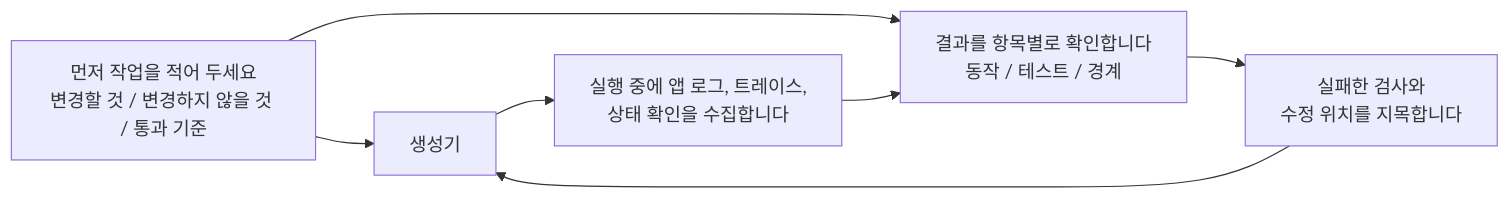
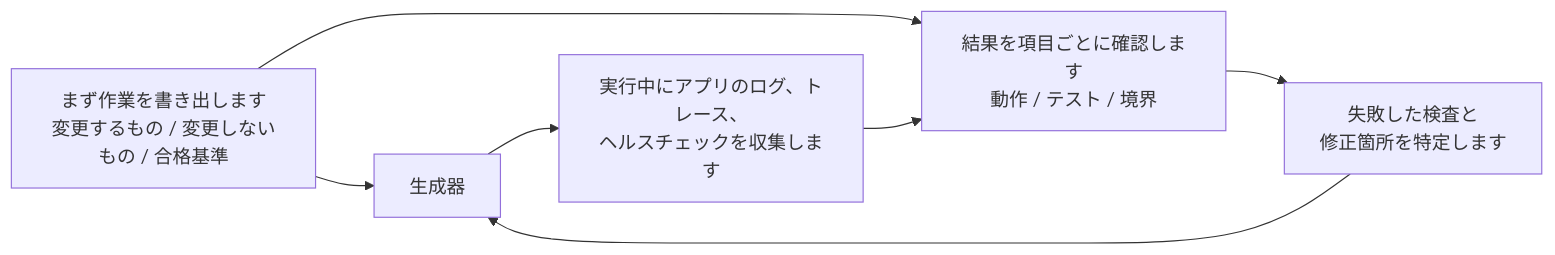
Before and after one commit to mkusaka/learn-harness-engineering: the diagram in docs/ko/lectures/lecture-11-why-observability-belongs-inside-the-harness/index.md, drawn with Mermaid. The commit also changed other lines of this file and 571 other files, not shown here.

````diff
--- a/docs/ko/lectures/lecture-11-why-observability-belongs-inside-the-harness/index.md
+++ b/docs/ko/lectures/lecture-11-why-observability-belongs-inside-the-harness/index.md
@@ -25,9 +25,9 @@
 ```mermaid
 flowchart LR
-    Contract["먼저 작업을 적어 두세요<br/>변경할 것 / 변경하지 않을 것 / 통과 기준"] --> Generator["생성기"]
-    Generator --> Signals["실행 중에 앱 로그, 트레이스,<br/>상태 확인을 수집합니다"]
-    Contract --> Review["결과를 항목별로 확인합니다<br/>동작 / 테스트 / 경계"]
+    Contract["まず作業を書き出します<br/>変更するもの / 変更しないもの / 合格基準"] --> Generator["生成器"]
+    Generator --> Signals["実行中にアプリのログ、トレース、<br/>ヘルスチェックを収集します"]
+    Contract --> Review["結果を項目ごとに確認します<br/>動作 / テスト / 境界"]
     Signals --> Review
-    Review --> Verdict["실패한 검사와<br/>수정 위치를 지목합니다"]
+    Review --> Verdict["失敗した検査と<br/>修正箇所を特定します"]
     Verdict --> Generator
 ```
````
